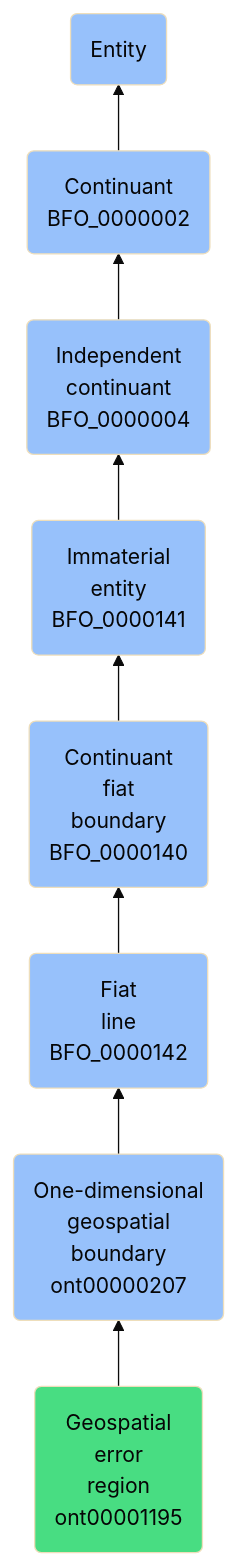
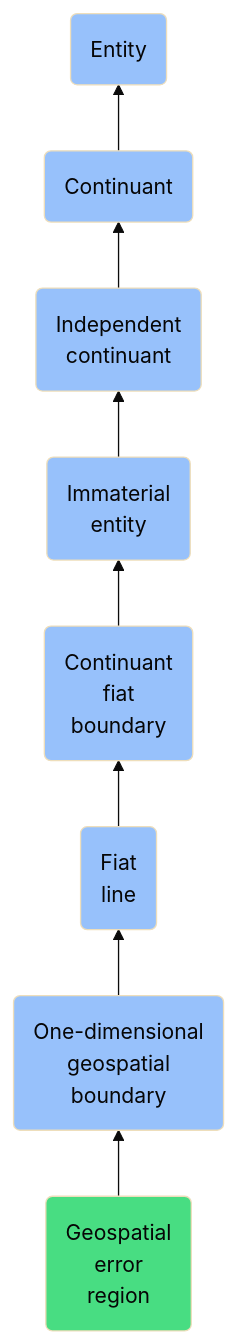
Before and after one commit to jupyter-naas/abi: the diagram in docs/ontology/reference/model/Entity/Continuant/Independent continuant/Immaterial entity/Continuant fiat boundary/Fiat line/One-dimensional geospatial boundary/Geospatial error region/Geospatial error region.md, drawn with Mermaid (base theme). The commit also changed other lines of this file and 1430 other files, not shown here.

````diff
--- a/docs/ontology/reference/model/Entity/Continuant/Independent continuant/Immaterial entity/Continuant fiat boundary/Fiat line/One-dimensional geospatial boundary/Geospatial error region/Geospatial error region.md
+++ b/docs/ontology/reference/model/Entity/Continuant/Independent continuant/Immaterial entity/Continuant fiat boundary/Fiat line/One-dimensional geospatial boundary/Geospatial error region/Geospatial error region.md
@@ -24,15 +24,15 @@
 ```mermaid
 graph BT
-    ont00001195(Geospatial<br>error<br>region<br>ont00001195):::ABI-->ont00000207
-    ont00000207(One-dimensional<br>geospatial<br>boundary<br>ont00000207):::BFO-->BFO_0000142
-    BFO_0000142(Fiat<br>line<br>BFO_0000142):::BFO-->BFO_0000140
-    BFO_0000140(Continuant<br>fiat<br>boundary<br>BFO_0000140):::BFO-->BFO_0000141
-    BFO_0000141(Immaterial<br>entity<br>BFO_0000141):::BFO-->BFO_0000004
-    BFO_0000004(Independent<br>continuant<br>BFO_0000004):::BFO-->BFO_0000002
-    BFO_0000002(Continuant<br>BFO_0000002):::BFO-->BFO_0000001
+    ont00001195(Geospatial<br>error<br>region):::ABI-->ont00000207
+    ont00000207(One-dimensional<br>geospatial<br>boundary):::BFO-->BFO_0000142
+    BFO_0000142(Fiat<br>line):::BFO-->BFO_0000140
+    BFO_0000140(Continuant<br>fiat<br>boundary):::BFO-->BFO_0000141
+    BFO_0000141(Immaterial<br>entity):::BFO-->BFO_0000004
+    BFO_0000004(Independent<br>continuant):::BFO-->BFO_0000002
+    BFO_0000002(Continuant):::BFO-->BFO_0000001
     BFO_0000001(Entity):::BFO
     
     classDef BFO fill:#97c1fb,color:#060606
     classDef CCO fill:#e4c51e,color:#060606
     classDef ABI fill:#48DD82,color:#060606
 ```
````
